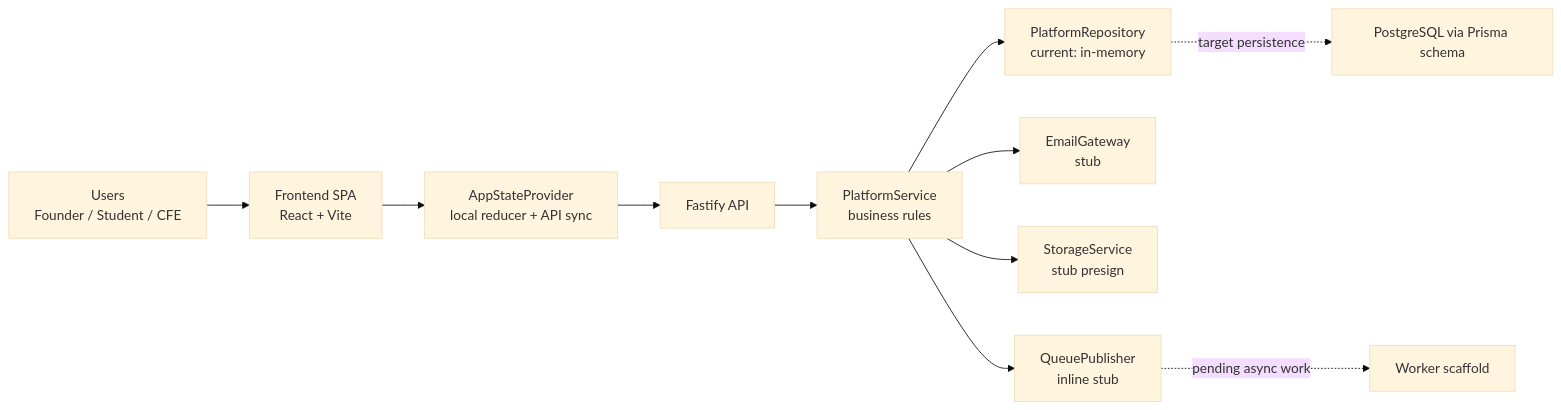
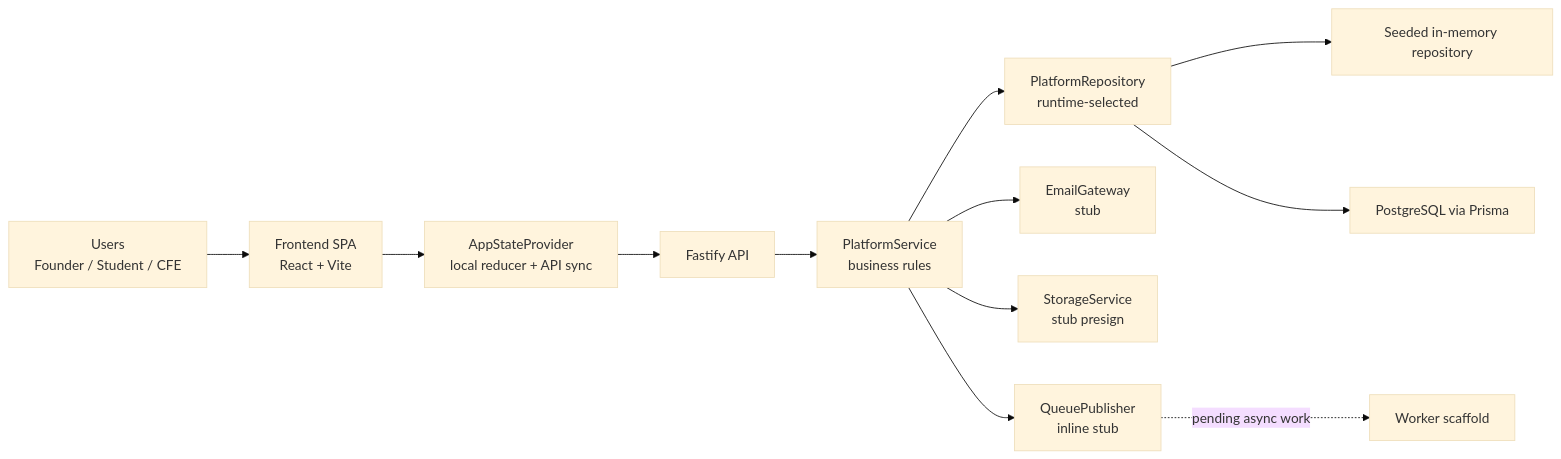
Before and after one commit to Pulsator01/MentorMe: the first of 6 diagrams in docs/system-architecture.md, drawn with Mermaid (base theme). The commit also changed other lines of this file and 4 other files, not shown here.

````diff
--- a/docs/system-architecture.md
+++ b/docs/system-architecture.md
@@ -37,13 +37,14 @@
 ```mermaid
 flowchart LR
     U["Users<br/>Founder / Student / CFE"] --> FE["Frontend SPA<br/>React + Vite"]
     FE --> STATE["AppStateProvider<br/>local reducer + API sync"]
     STATE --> API["Fastify API"]
     API --> DOMAIN["PlatformService<br/>business rules"]
-    DOMAIN --> REPO["PlatformRepository<br/>current: in-memory"]
+    DOMAIN --> REPO["PlatformRepository<br/>runtime-selected"]
     DOMAIN --> EMAIL["EmailGateway<br/>stub"]
     DOMAIN --> STORAGE["StorageService<br/>stub presign"]
     DOMAIN --> QUEUE["QueuePublisher<br/>inline stub"]
-    REPO -. target persistence .-> DB["PostgreSQL via Prisma schema"]
+    REPO --> MEM["Seeded in-memory repository"]
+    REPO --> DB["PostgreSQL via Prisma"]
     QUEUE -. pending async work .-> WORKER["Worker scaffold"]
 ```
````
